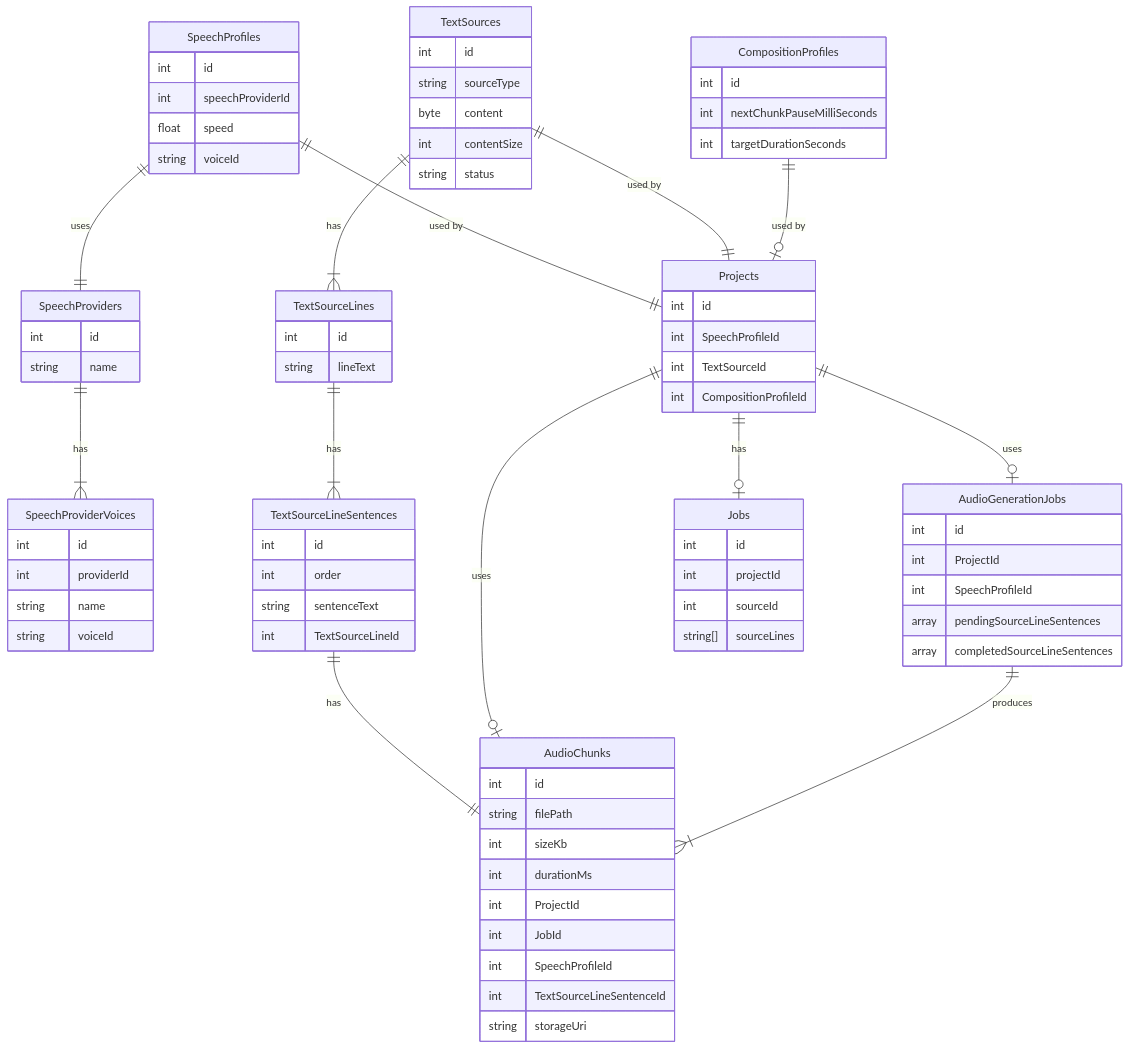
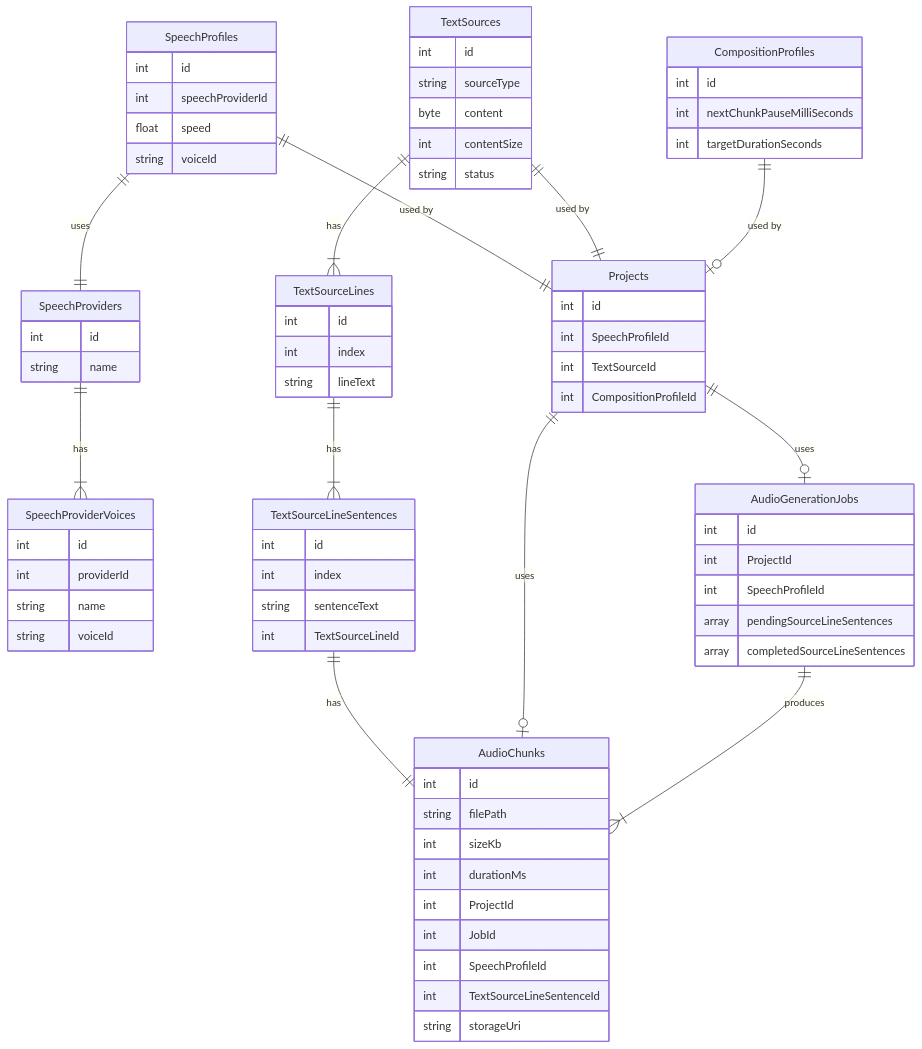
Before and after one commit to oleksii-honchar/rnd-text-to-speech: the diagram in docs/models.md, drawn with Mermaid. The commit also changed 19 other files, not shown here.

Commit message:
feat: add speech-provider, text-source schemas and seed

````diff
--- a/docs/models.md
+++ b/docs/models.md
@@ -36,6 +36,7 @@
 
     TextSourceLines {
         int id
+        int index
         string lineText
     }
 
@@ -43,7 +44,7 @@
 
     TextSourceLineSentences {
         int id
-        int order
+        int index
         string sentenceText
         int TextSourceLineId
     }
@@ -91,13 +92,4 @@
 
     Projects ||--o| AudioGenerationJobs : "uses"
     AudioGenerationJobs ||--|{ AudioChunks : "produces"
-
-    Jobs {
-        int id
-        int projectId
-        int sourceId
-        string[] sourceLines
-    }
-
-    Projects ||--o| Jobs : "has"
 ```
````
